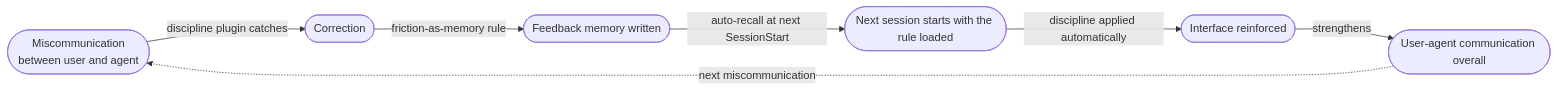
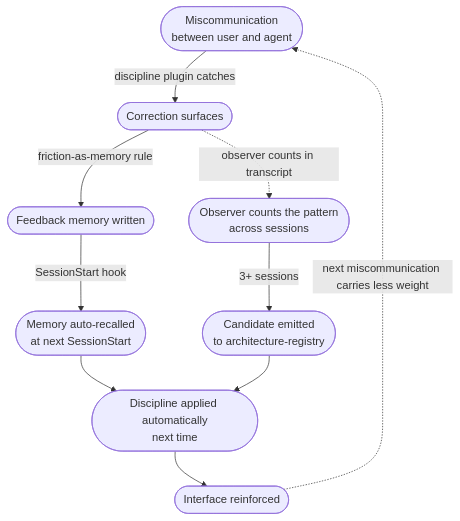
The fourth of 5 diagrams in apps/docs-site/src/content/docs/explanation/discipline-stack.md (Lizo-RoadTown/tapestry), drawn with Mermaid before and after one commit. The commit also changed other lines of this file and 8 other files, not shown here.

First line of the commit message:
docs(site): v1.3 — observer + audience reframe + diagram + CSS fixes

````diff
--- a/apps/docs-site/src/content/docs/explanation/discipline-stack.md
+++ b/apps/docs-site/src/content/docs/explanation/discipline-stack.md
@@ -99,11 +102,21 @@
 ```mermaid
-flowchart LR
+flowchart TB
   MISC([Miscommunication<br/>between user and agent])
-  MISC -->|"discipline plugin catches"| CORR([Correction])
-  CORR -->|"friction-as-memory rule"| MEM([Feedback memory written])
-  MEM -->|"auto-recall at next SessionStart"| NEXT([Next session starts with the rule loaded])
-  NEXT -->|"discipline applied automatically"| INT([Interface reinforced])
-  INT -->|"strengthens"| ALL([User-agent communication overall])
+  CORR([Correction surfaces])
+  MEM([Feedback memory written])
+  RECALL([Memory auto-recalled<br/>at next SessionStart])
+  OBSERVED([Observer counts the pattern<br/>across sessions])
+  CAND([Candidate emitted<br/>to architecture-registry])
+  RULE([Discipline applied automatically<br/>next time])
+  STRONG([Interface reinforced])
 
-  ALL -.->|"next miscommunication"| MISC
+  MISC -->|"discipline plugin catches"| CORR
+  CORR -->|"friction-as-memory rule"| MEM
+  MEM -->|"SessionStart hook"| RECALL
+  CORR -.->|"observer counts in transcript"| OBSERVED
+  OBSERVED -->|"3+ sessions"| CAND
+  RECALL --> RULE
+  CAND --> RULE
+  RULE --> STRONG
+  STRONG -.->|"next miscommunication carries less weight"| MISC
 ```
````
